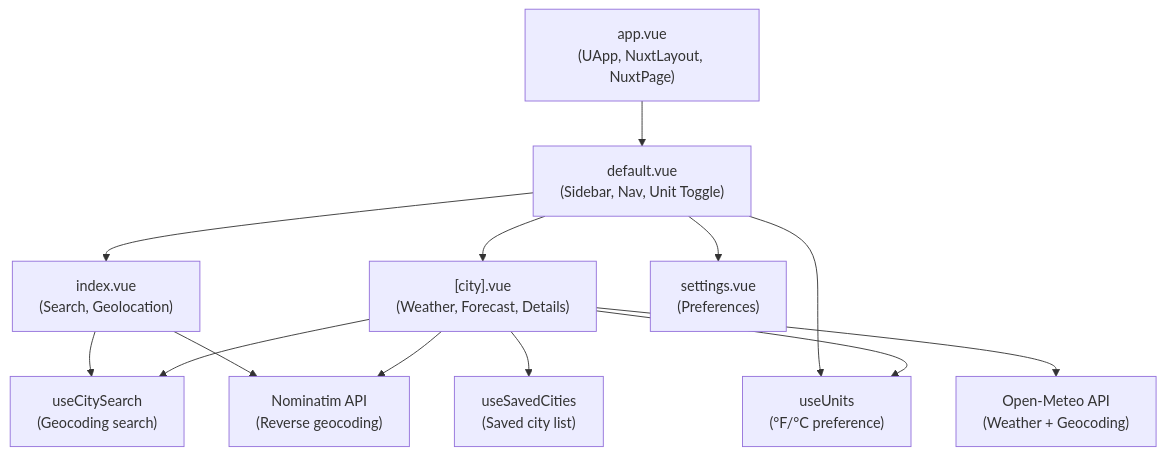
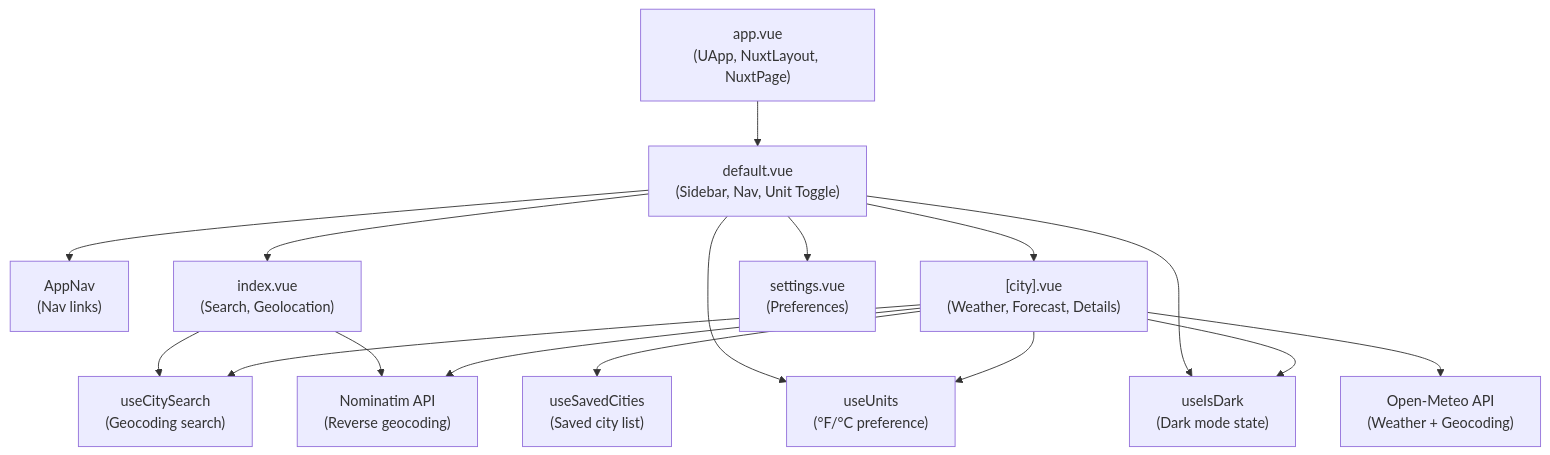
The diagram in README.md (mpleroux/weather_app), drawn with Mermaid before and after one commit. The commit also changed other lines of this file, not shown here.

````diff
--- a/README.md
+++ b/README.md
@@ -36,26 +37,31 @@
 ```mermaid
 graph TD
     AppVue["app.vue<br/>(UApp, NuxtLayout, NuxtPage)"]
+    AppNav["AppNav<br/>(Nav links)"]
+    UseIsDark["useIsDark<br/>(Dark mode state)"]
     DefaultLayout["default.vue<br/>(Sidebar, Nav, Unit Toggle)"]
     IndexPage["index.vue<br/>(Search, Geolocation)"]
     CityPage["[city].vue<br/>(Weather, Forecast, Details)"]
     SettingsPage["settings.vue<br/>(Preferences)"]
     UseUnits["useUnits<br/>(°F/°C preference)"]
     UseCitySearch["useCitySearch<br/>(Geocoding search)"]
     UseSavedCities["useSavedCities<br/>(Saved city list)"]
     OpenMeteo["Open-Meteo API<br/>(Weather + Geocoding)"]
     Nominatim["Nominatim API<br/>(Reverse geocoding)"]
 
     AppVue --> DefaultLayout
     DefaultLayout --> IndexPage
     DefaultLayout --> CityPage
     DefaultLayout --> SettingsPage
     DefaultLayout --> UseUnits
+    DefaultLayout --> AppNav
+    DefaultLayout --> UseIsDark
     IndexPage --> UseCitySearch
     IndexPage --> Nominatim
     CityPage --> UseCitySearch
     CityPage --> UseSavedCities
     CityPage --> UseUnits
+    CityPage --> UseIsDark
     CityPage --> OpenMeteo
     CityPage --> Nominatim
 ```
````
